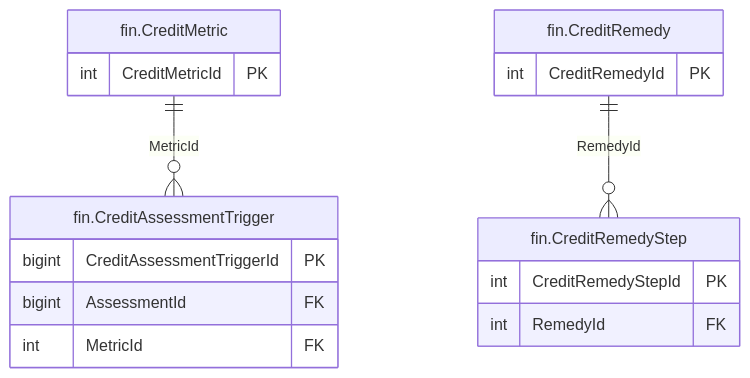
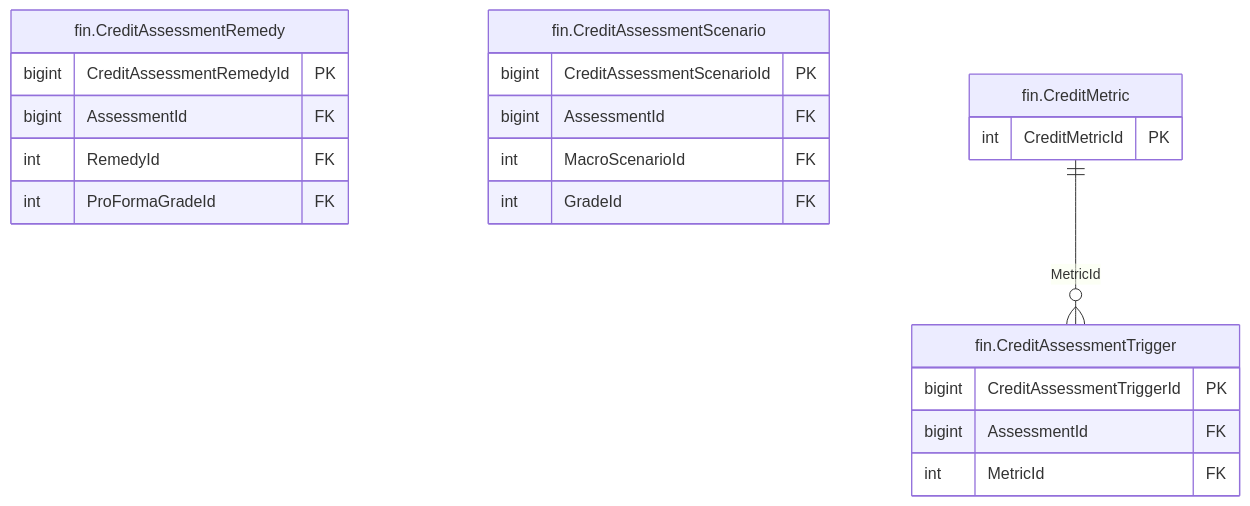
The diagram in treasury-platform/docs/diagrams/erd/m5_financials_5.mmd (thawrasy/smartlines), drawn with Mermaid before and after one commit. The commit also changed 163 other files, not shown here.

```diff
--- a/treasury-platform/docs/diagrams/erd/m5_financials_5.mmd
+++ b/treasury-platform/docs/diagrams/erd/m5_financials_5.mmd
@@ -1,19 +1,23 @@
-%% م5 · البيانات المالية والأرصدة (5/11) — Financial statements & balances
+%% م5 · البيانات المالية والأرصدة (5/13) — Financial statements & balances
 erDiagram
+  fin_CreditAssessmentRemedy["fin.CreditAssessmentRemedy"] {
+    bigint CreditAssessmentRemedyId PK
+    bigint AssessmentId FK
+    int RemedyId FK
+    int ProFormaGradeId FK
+  }
+  fin_CreditAssessmentScenario["fin.CreditAssessmentScenario"] {
+    bigint CreditAssessmentScenarioId PK
+    bigint AssessmentId FK
+    int MacroScenarioId FK
+    int GradeId FK
+  }
   fin_CreditAssessmentTrigger["fin.CreditAssessmentTrigger"] {
     bigint CreditAssessmentTriggerId PK
     bigint AssessmentId FK
     int MetricId FK
   }
   fin_CreditMetric["fin.CreditMetric"] {
     int CreditMetricId PK
   }
-  fin_CreditRemedy["fin.CreditRemedy"] {
-    int CreditRemedyId PK
-  }
-  fin_CreditRemedyStep["fin.CreditRemedyStep"] {
-    int CreditRemedyStepId PK
-    int RemedyId FK
-  }
   fin_CreditMetric ||--o{ fin_CreditAssessmentTrigger : "MetricId"
-  fin_CreditRemedy ||--o{ fin_CreditRemedyStep : "RemedyId"
```
